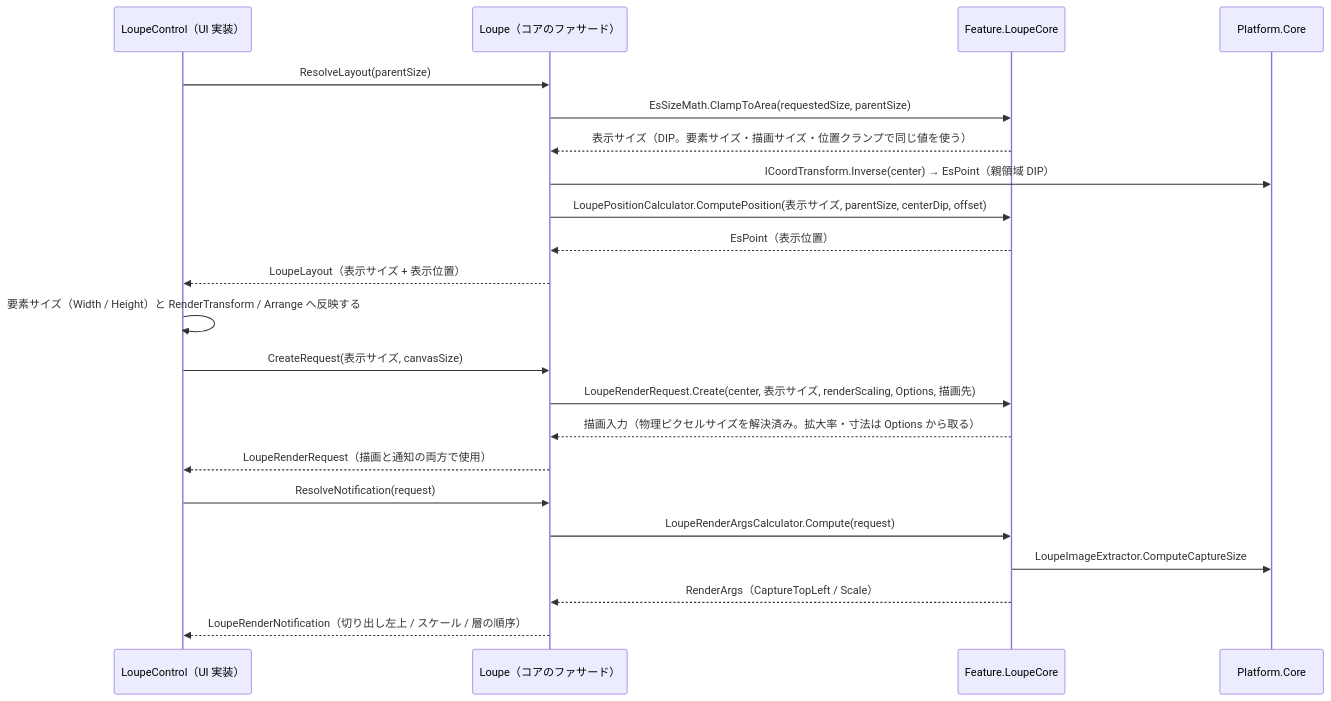
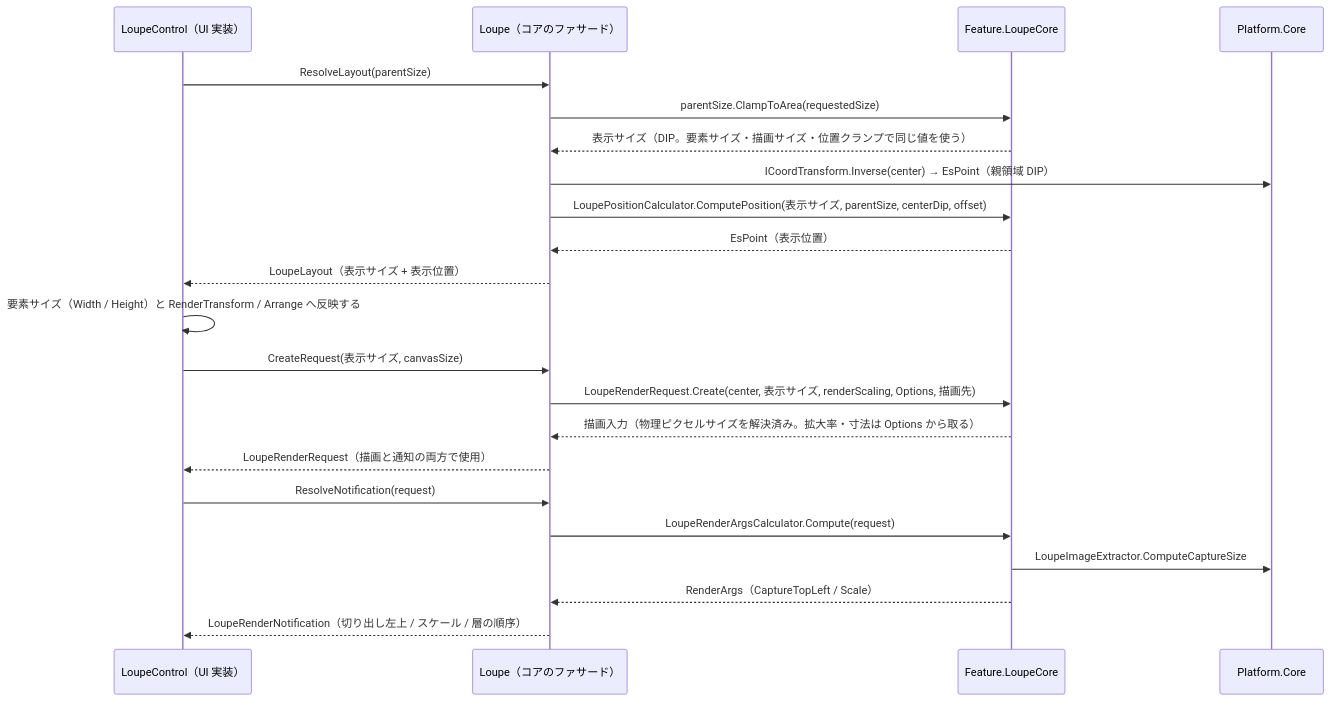
Before and after one commit to tomokuni/SaveEvidence: the second of 2 diagrams in src/Feature.LoupeCore/SPEC_System.md, drawn with Mermaid. The commit also changed other lines of this file and 52 other files, not shown here.

````diff
--- a/src/Feature.LoupeCore/SPEC_System.md
+++ b/src/Feature.LoupeCore/SPEC_System.md
@@ -57,27 +57,27 @@
 ```mermaid
 sequenceDiagram
   participant UI as LoupeControl（UI 実装）
   participant Fac as Loupe（コアのファサード）
   participant Core as Feature.LoupeCore
   participant PC as Platform.Core
 
   UI->>Fac: ResolveLayout(parentSize)
-  Fac->>Core: EsSizeMath.ClampToArea(requestedSize, parentSize)
+  Fac->>Core: parentSize.ClampToArea(requestedSize)
   Core-->>Fac: 表示サイズ（DIP。要素サイズ・描画サイズ・位置クランプで同じ値を使う）
   Fac->>PC: ICoordTransform.Inverse(center) → EsPoint（親領域 DIP）
   Fac->>Core: LoupePositionCalculator.ComputePosition(表示サイズ, parentSize, centerDip, offset)
   Core-->>Fac: EsPoint（表示位置）
   Fac-->>UI: LoupeLayout（表示サイズ + 表示位置）
   UI->>UI: 要素サイズ（Width / Height）と RenderTransform / Arrange へ反映する
 
   UI->>Fac: CreateRequest(表示サイズ, canvasSize)
   Fac->>Core: LoupeRenderRequest.Create(center, 表示サイズ, renderScaling, Options, 描画先)
   Core-->>Fac: 描画入力（物理ピクセルサイズを解決済み。拡大率・寸法は Options から取る）
   Fac-->>UI: LoupeRenderRequest（描画と通知の両方で使用）
 
   UI->>Fac: ResolveNotification(request)
   Fac->>Core: LoupeRenderArgsCalculator.Compute(request)
   Core->>PC: LoupeImageExtractor.ComputeCaptureSize
   Core-->>Fac: RenderArgs（CaptureTopLeft / Scale）
   Fac-->>UI: LoupeRenderNotification（切り出し左上 / スケール / 層の順序）
 ```
````
